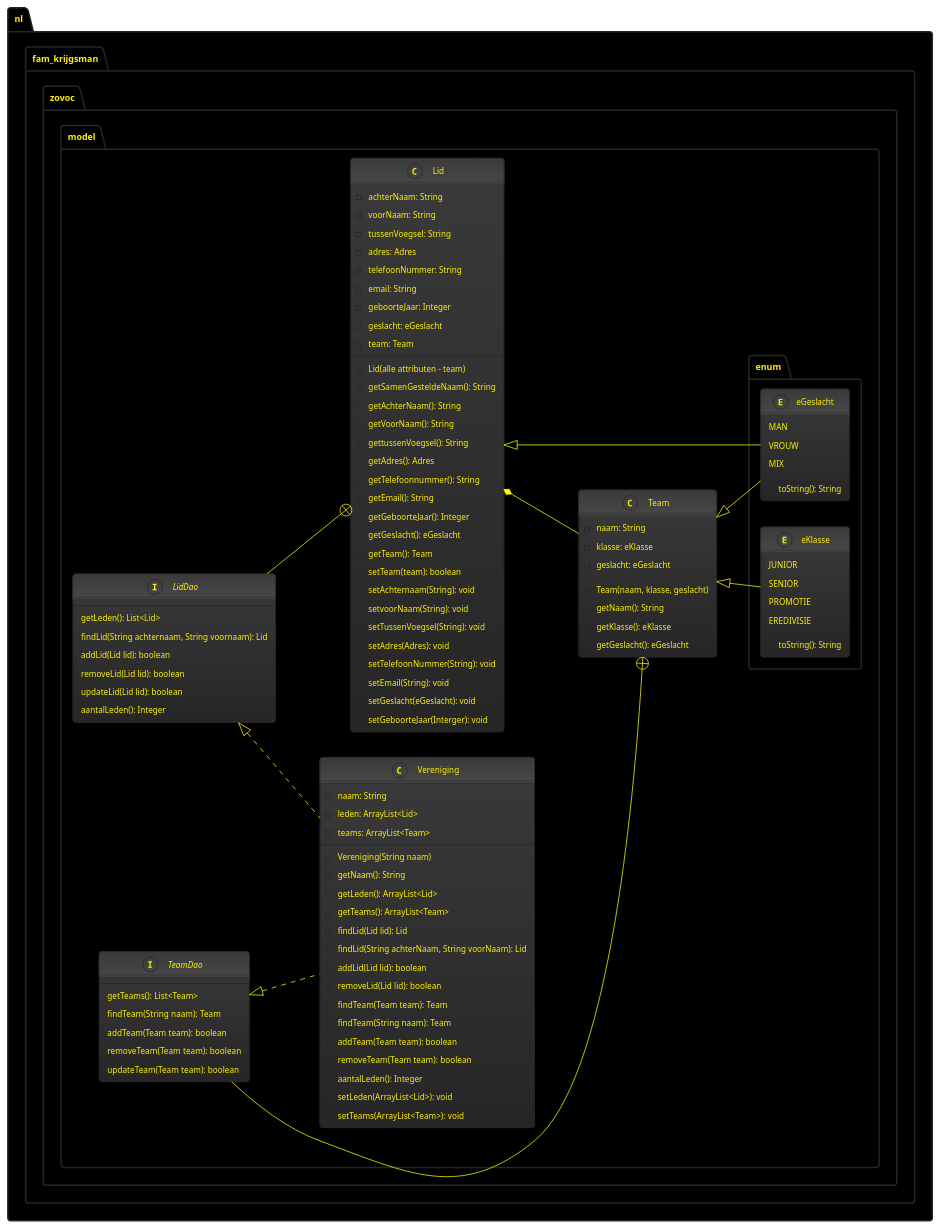
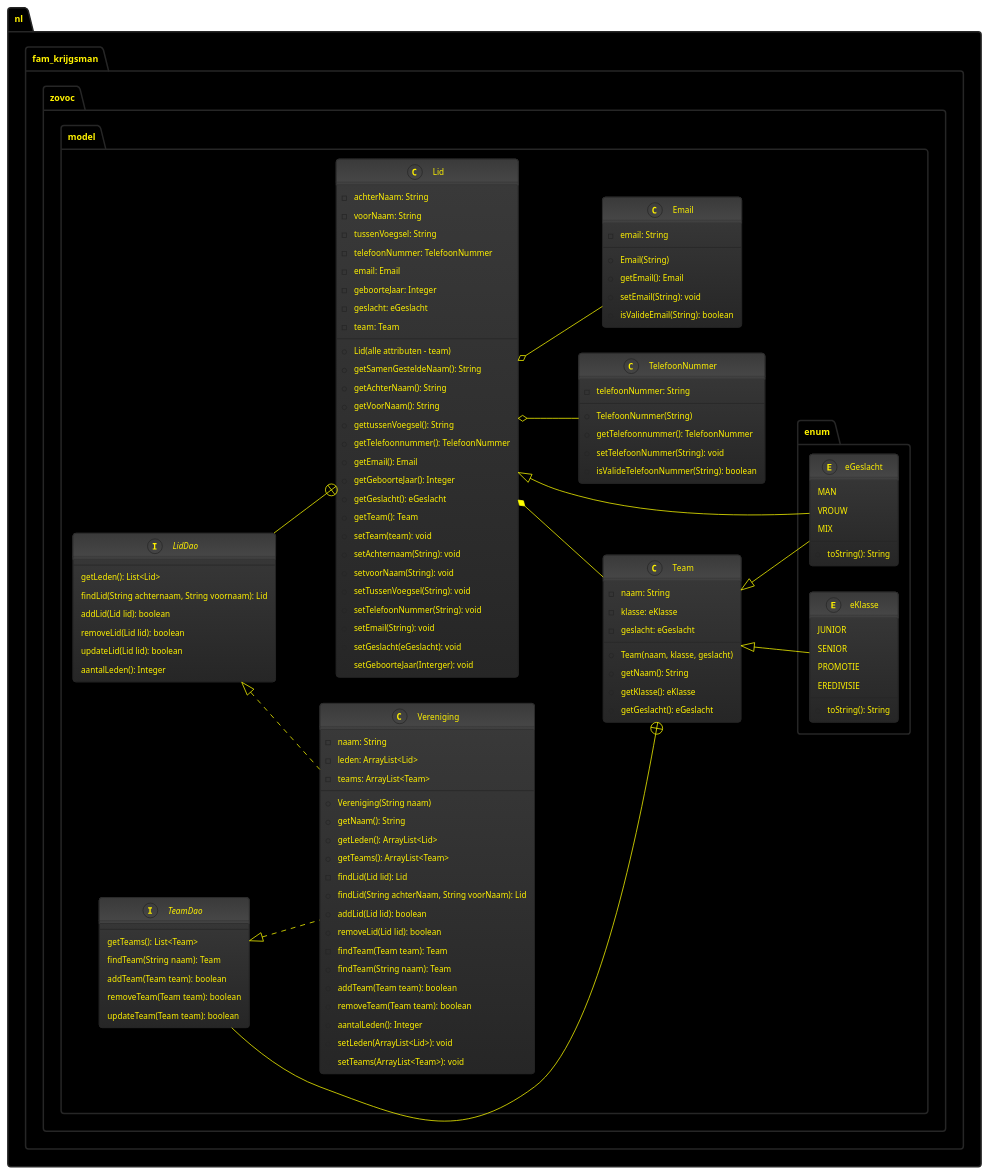
Before and after one commit to kaasszje/Zovoc-Leden-Beheer: the diagram in Docs/Zovoc-Leden-Beheer-KlasseDiagram.puml, drawn with PlantUML.

Commit message:
Klassen diagram aangepast na feedback

```diff
--- a/Docs/Zovoc-Leden-Beheer-KlasseDiagram.puml
+++ b/Docs/Zovoc-Leden-Beheer-KlasseDiagram.puml
@@ -1,122 +1,137 @@
 @startuml
 'https://plantuml.com/class-diagram
 !theme black-knight
 left to right direction
 skinparam class {
     ArrowColor Yellow
     ArrowThickness 1
 }
 
 skinparam package {
     BackgroundColor #000000
 }
 
 package nl.fam_krijgsman.zovoc.model {
 class Vereniging implements LidDao, TeamDao{
     -naam: String
     -leden: ArrayList<Lid>
     -teams: ArrayList<Team>
     +Vereniging(String naam)
     +getNaam(): String
     +getLeden(): ArrayList<Lid>
     +getTeams(): ArrayList<Team>
     -findLid(Lid lid): Lid
     +findLid(String achterNaam, String voorNaam): Lid
     +addLid(Lid lid): boolean
     +removeLid(Lid lid): boolean
     -findTeam(Team team): Team
     +findTeam(String naam): Team
     +addTeam(Team team): boolean
     +removeTeam(Team team): boolean
     +aantalLeden(): Integer
     +setLeden(ArrayList<Lid>): void
     +setTeams(ArrayList<Team>): void
 }
 
 class Lid {
     -achterNaam: String
     -voorNaam: String
     -tussenVoegsel: String
-    -adres: Adres
-    -telefoonNummer: String
-    -email: String
+    -telefoonNummer: TelefoonNummer
+    -email: Email
     -geboorteJaar: Integer
     -geslacht: eGeslacht
     -team: Team
     +Lid(alle attributen - team)
     +getSamenGesteldeNaam(): String
     +getAchterNaam(): String
     +getVoorNaam(): String
     +gettussenVoegsel(): String
-    +getAdres(): Adres
-    +getTelefoonnummer(): String
-    +getEmail(): String
+    +getTelefoonnummer(): TelefoonNummer
+    +getEmail(): Email
     +getGeboorteJaar(): Integer
     +getGeslacht(): eGeslacht
     +getTeam(): Team
-    +setTeam(team): boolean
+    +setTeam(team): void
     +setAchternaam(String): void
     +setvoorNaam(String): void
     +setTussenVoegsel(String): void
-    +setAdres(Adres): void
     +setTelefoonNummer(String): void
     +setEmail(String): void
     +setGeslacht(eGeslacht): void
     +setGeboorteJaar(Interger): void
 }
 
 interface LidDao {
         getLeden(): List<Lid>
         findLid(String achternaam, String voornaam): Lid
         addLid(Lid lid): boolean
         removeLid(Lid lid): boolean
         updateLid(Lid lid): boolean
         aantalLeden(): Integer
 }
 
 class Team {
     -naam: String
     -klasse: eKlasse
     -geslacht: eGeslacht
     +Team(naam, klasse, geslacht)
     +getNaam(): String
     +getKlasse(): eKlasse
     +getGeslacht(): eGeslacht
 }
 
 interface TeamDao {
     getTeams(): List<Team>
     findTeam(String naam): Team
     addTeam(Team team): boolean
     removeTeam(Team team): boolean
     updateTeam(Team team): boolean
 }
 
+class TelefoonNummer {
+    - telefoonNummer: String
+    + TelefoonNummer(String)
+    + getTelefoonnummer(): TelefoonNummer
+    + setTelefoonNummer(String): void
+    + isValideTelefoonNummer(String): boolean
+}
+
+class Email {
+    - email: String
+    + Email(String)
+    + getEmail(): Email
+    + setEmail(String): void
+    + isValideEmail(String): boolean
+}
+
 package enum {
     enum eGeslacht {
         MAN
         VROUW
         MIX
         +toString(): String
     }
 
 
     enum eKlasse {
           JUNIOR
         SENIOR
         PROMOTIE
         EREDIVISIE
         +toString(): String
     }
 
 }
 }
 
 Team <|- eKlasse
 Team <|-- eGeslacht
 Lid <|- eGeslacht
+Lid o-- TelefoonNummer
+Lid o-- Email
 Lid  *-- Team
 LidDao --+ Lid
 TeamDao --+ Team
 
 @enduml
```
